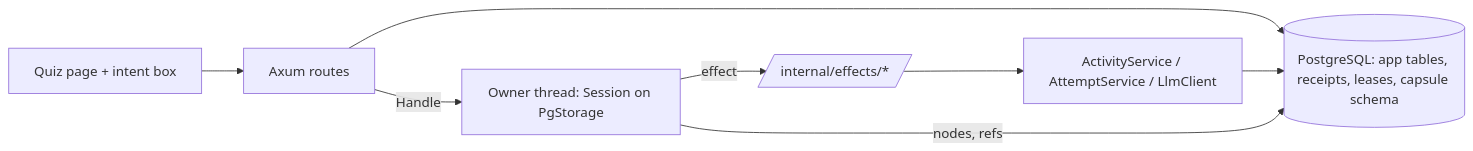
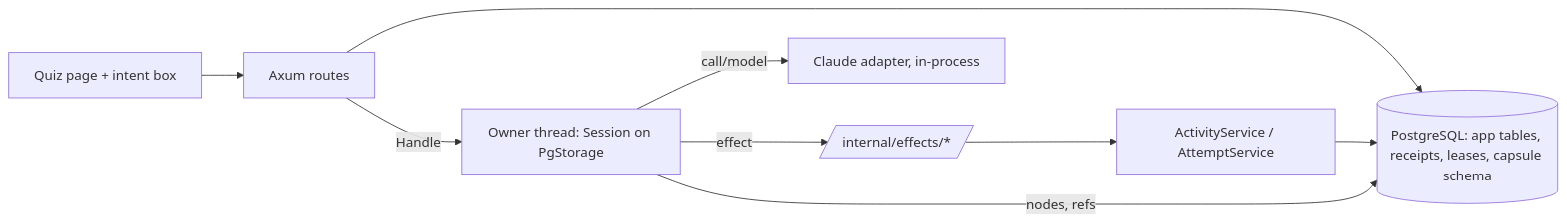
One commit to arvaer/studybuddy changed the diagram in docs/phase-2-build.md. Above: the diagram before and after it, drawn with Mermaid. The commit also changed other lines of this file and 11 other files, not shown here.

````diff
--- a/docs/phase-2-build.md
+++ b/docs/phase-2-build.md
@@ -43,10 +43,11 @@
 ```mermaid
 flowchart LR
   UI[Quiz page + intent box] --> API[Axum routes]
   API --> PG[(PostgreSQL: app tables, receipts, leases, capsule schema)]
   API -->|Handle| Owner[Owner thread: Session on PgStorage]
   Owner -->|effect| EP[/internal/effects/*/]
-  EP --> SVC[ActivityService / AttemptService / LlmClient]
+  Owner -->|call/model| Claude[Claude adapter, in-process]
+  EP --> SVC[ActivityService / AttemptService]
   SVC --> PG
   Owner -->|nodes, refs| PG
 ```
````
